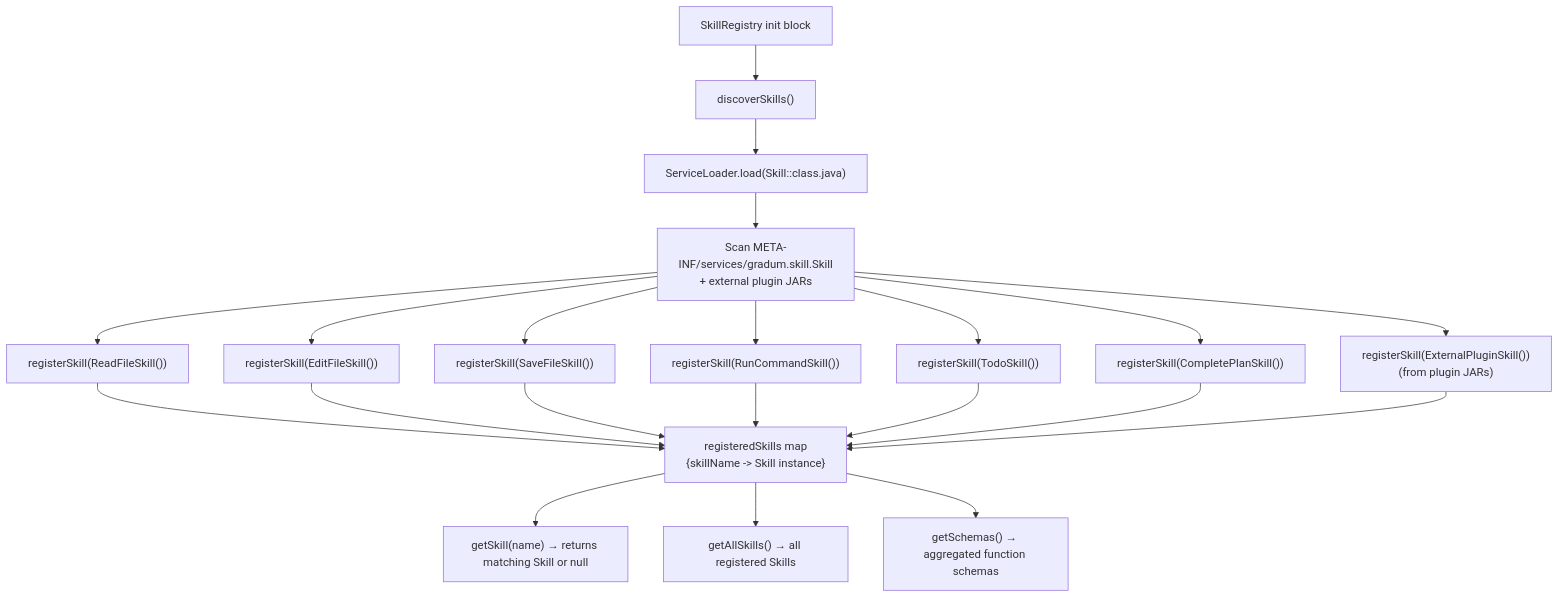
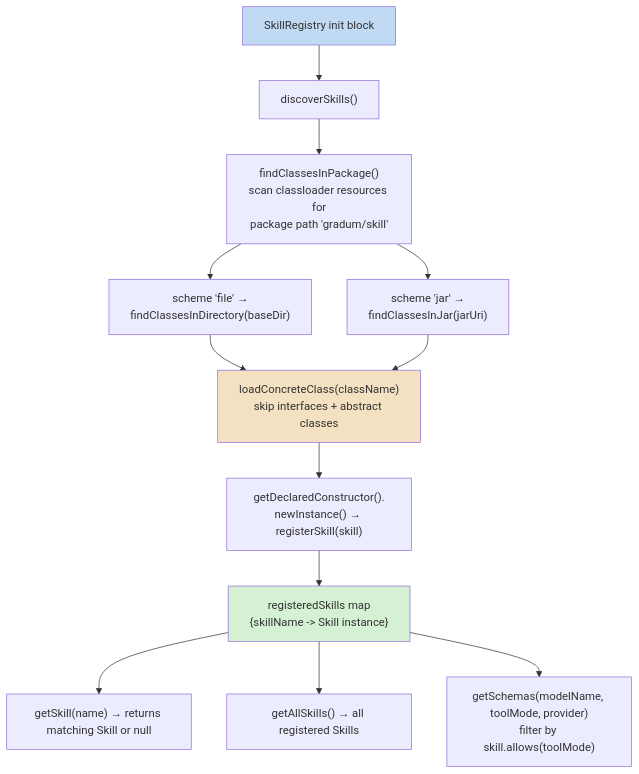
Before and after one commit to lg841226/Gradum: diagram 20 of 29 in docs/ARCHITECTURE.md, drawn with Mermaid. The commit also changed other lines of this file and 5 other files, not shown here.

Commit message:
docs: sync ARCHITECTURE.md with framework refactor and polish skill/plugin code

````diff
--- a/docs/ARCHITECTURE.md
+++ b/docs/ARCHITECTURE.md
@@ -1205,23 +1361,17 @@
 ```mermaid
 flowchart TB
     INIT["SkillRegistry init block"] --> DISCOVER["discoverSkills()"]
-    DISCOVER --> LOADER["ServiceLoader.load(Skill::class.java)"]
-    LOADER --> SCAN["Scan META-INF/services/gradum.skill.Skill<br/>+ external plugin JARs"]
-    SCAN --> R1["registerSkill(ReadFileSkill())"]
-    SCAN --> R2["registerSkill(EditFileSkill())"]
-    SCAN --> R3["registerSkill(SaveFileSkill())"]
-    SCAN --> R4["registerSkill(RunCommandSkill())"]
-    SCAN --> R5["registerSkill(TodoSkill())"]
-    SCAN --> R6["registerSkill(CompletePlanSkill())"]
-    SCAN --> R7["registerSkill(ExternalPluginSkill())<br/>(from plugin JARs)"]
-    R1 --> REG["registeredSkills map<br/>{skillName -> Skill instance}"]
-    R2 --> REG
-    R3 --> REG
-    R4 --> REG
-    R5 --> REG
-    R6 --> REG
-    R7 --> REG
+    DISCOVER --> LOADER["findClassesInPackage()<br/>scan classloader resources for<br/>package path 'gradum/skill'"]
+    LOADER --> DIR["scheme 'file' →<br/>findClassesInDirectory(baseDir)"]
+    LOADER --> JAR["scheme 'jar' →<br/>findClassesInJar(jarUri)"]
+    DIR --> CONCRETE["loadConcreteClass(className)<br/>skip interfaces + abstract classes"]
+    JAR --> CONCRETE
+    CONCRETE --> INST["getDeclaredConstructor().<br/>newInstance() → registerSkill(skill)"]
+    INST --> REG["registeredSkills map<br/>{skillName -> Skill instance}"]
     REG --> LOOKUP["getSkill(name) → returns matching Skill or null"]
     REG --> ALL["getAllSkills() → all registered Skills"]
-    REG --> SCH["getSchemas() → aggregated function schemas"]
+    REG --> SCH["getSchemas(modelName, toolMode, provider)<br/>filter by skill.allows(toolMode)"]
+    style INIT fill: #c1daf4
+    style CONCRETE fill: #f4e1c1
+    style REG fill: #d4f1d4
 ```
````
